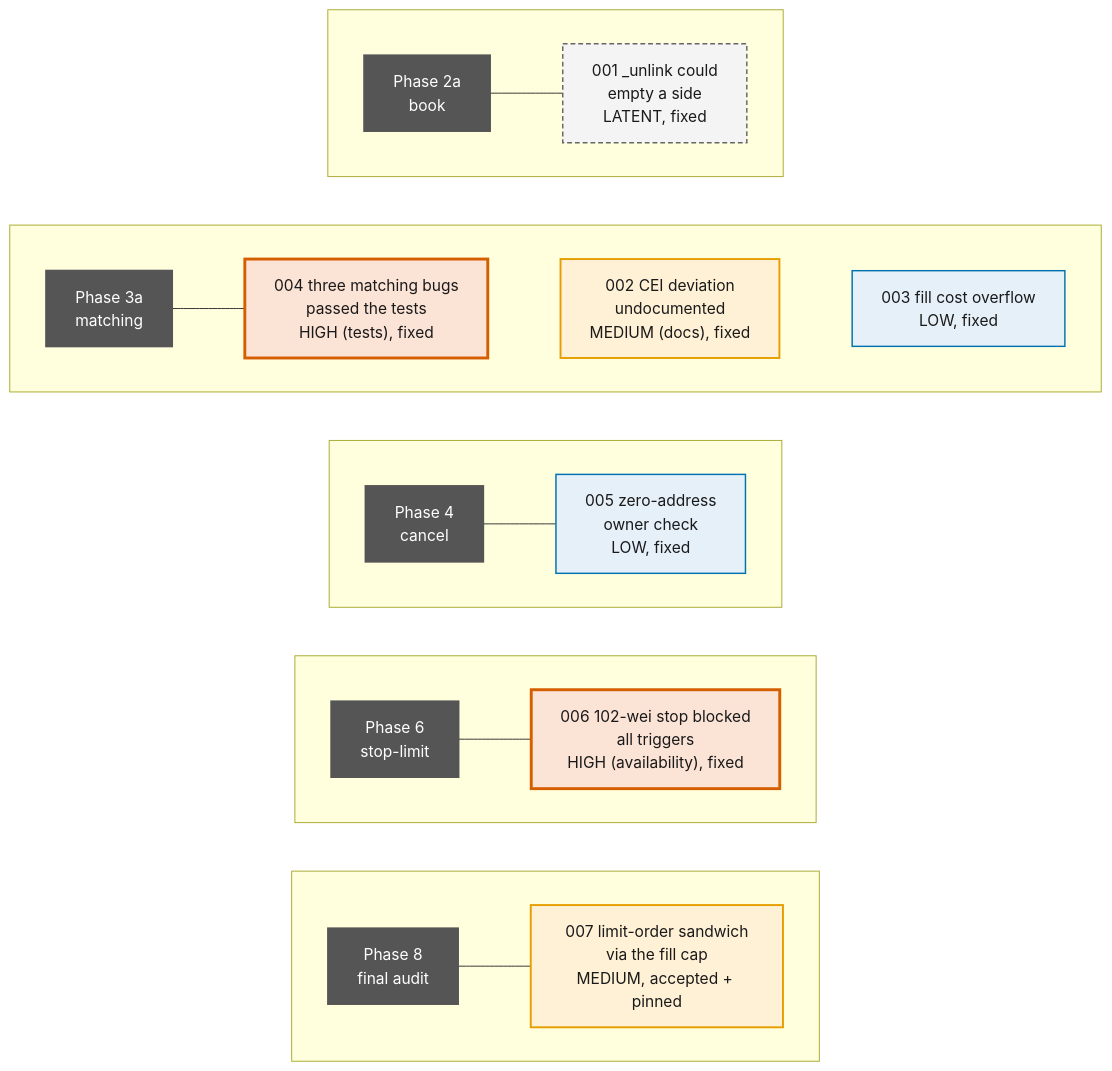
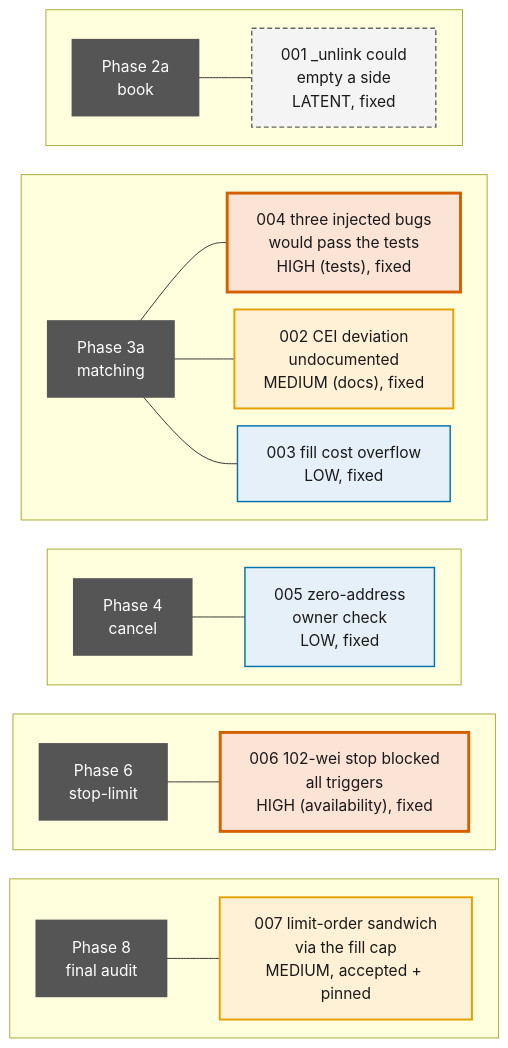
Before and after one commit to Nitecry7/SC4053-BlockChain-Project: the diagram in docs/report/diagrams/09-issues-by-phase.mmd, drawn with Mermaid. The commit also changed 29 other files, not shown here.

```diff
--- a/docs/report/diagrams/09-issues-by-phase.mmd
+++ b/docs/report/diagrams/09-issues-by-phase.mmd
@@ -1,30 +1,37 @@
+---
+config:
+  flowchart:
+    rankSpacing: 30
+    nodeSpacing: 18
+---
 flowchart TB
   classDef phase fill:#555555,stroke:#555555,color:#FFFFFF,stroke-width:2px
   classDef high fill:#FBE3D6,stroke:#D55E00,stroke-width:3px,color:#1A1A1A
   classDef medium fill:#FFF1D6,stroke:#E69F00,stroke-width:2px,color:#1A1A1A
   classDef low fill:#E6F0F8,stroke:#0072B2,stroke-width:1.5px,color:#1A1A1A
   classDef latent fill:#F4F4F4,stroke:#666666,stroke-width:1.5px,stroke-dasharray:5 3,color:#1A1A1A
 
   subgraph R1[" "]
     direction LR
     P2a["Phase 2a<br/>book"]:::phase --- I1["001 _unlink could<br/>empty a side<br/>LATENT, fixed"]:::latent
   end
   subgraph R2[" "]
     direction LR
-    P3a["Phase 3a<br/>matching"]:::phase --- I4["004 three matching bugs<br/>passed the tests<br/>HIGH (tests), fixed"]:::high
-    I4 ~~~ I2["002 CEI deviation<br/>undocumented<br/>MEDIUM (docs), fixed"]:::medium
-    I2 ~~~ I3["003 fill cost overflow<br/>LOW, fixed"]:::low
+    P3a["Phase 3a<br/>matching"]:::phase
+    P3a --- I4["004 three injected bugs<br/>would pass the tests<br/>HIGH (tests), fixed"]:::high
+    P3a --- I2["002 CEI deviation<br/>undocumented<br/>MEDIUM (docs), fixed"]:::medium
+    P3a --- I3["003 fill cost overflow<br/>LOW, fixed"]:::low
   end
   subgraph R3[" "]
     direction LR
     P4["Phase 4<br/>cancel"]:::phase --- I5["005 zero-address<br/>owner check<br/>LOW, fixed"]:::low
   end
   subgraph R4[" "]
     direction LR
     P6["Phase 6<br/>stop-limit"]:::phase --- I6["006 102-wei stop blocked<br/>all triggers<br/>HIGH (availability), fixed"]:::high
   end
   subgraph R5[" "]
     direction LR
     P8["Phase 8<br/>final audit"]:::phase --- I7["007 limit-order sandwich<br/>via the fill cap<br/>MEDIUM, accepted + pinned"]:::medium
   end
   R1 ~~~ R2 ~~~ R3 ~~~ R4 ~~~ R5
```
